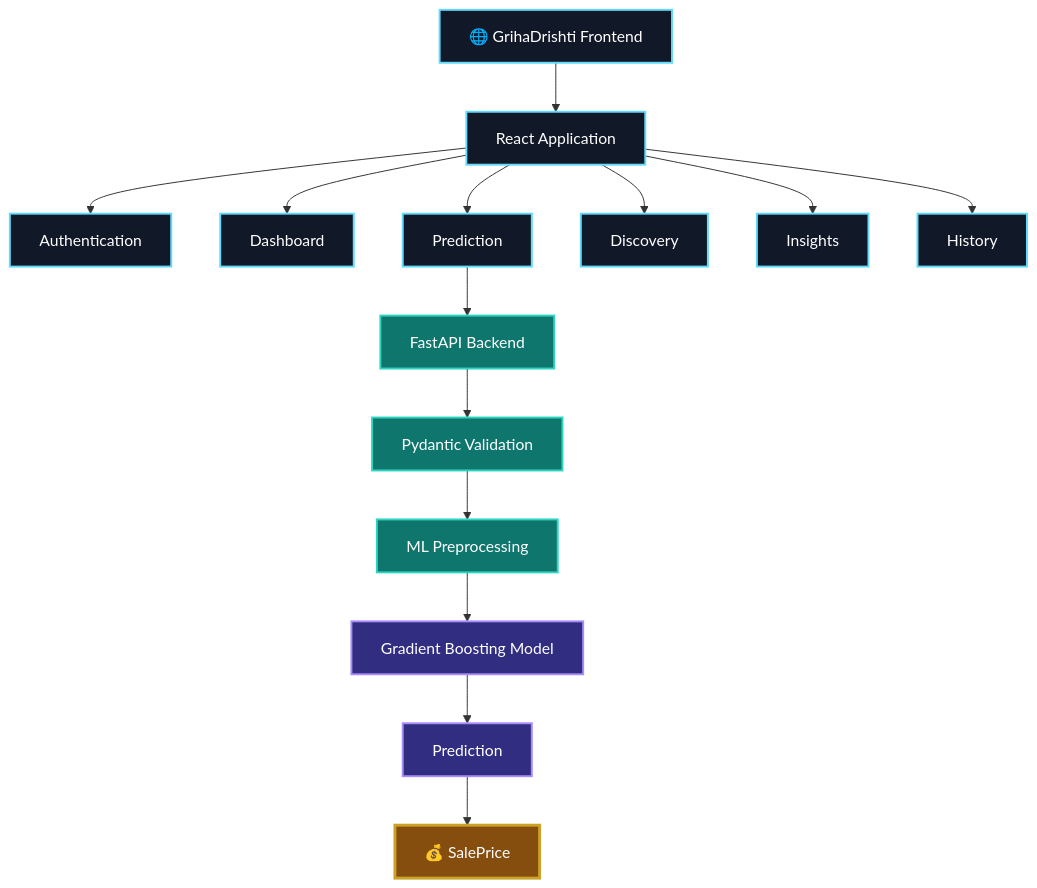
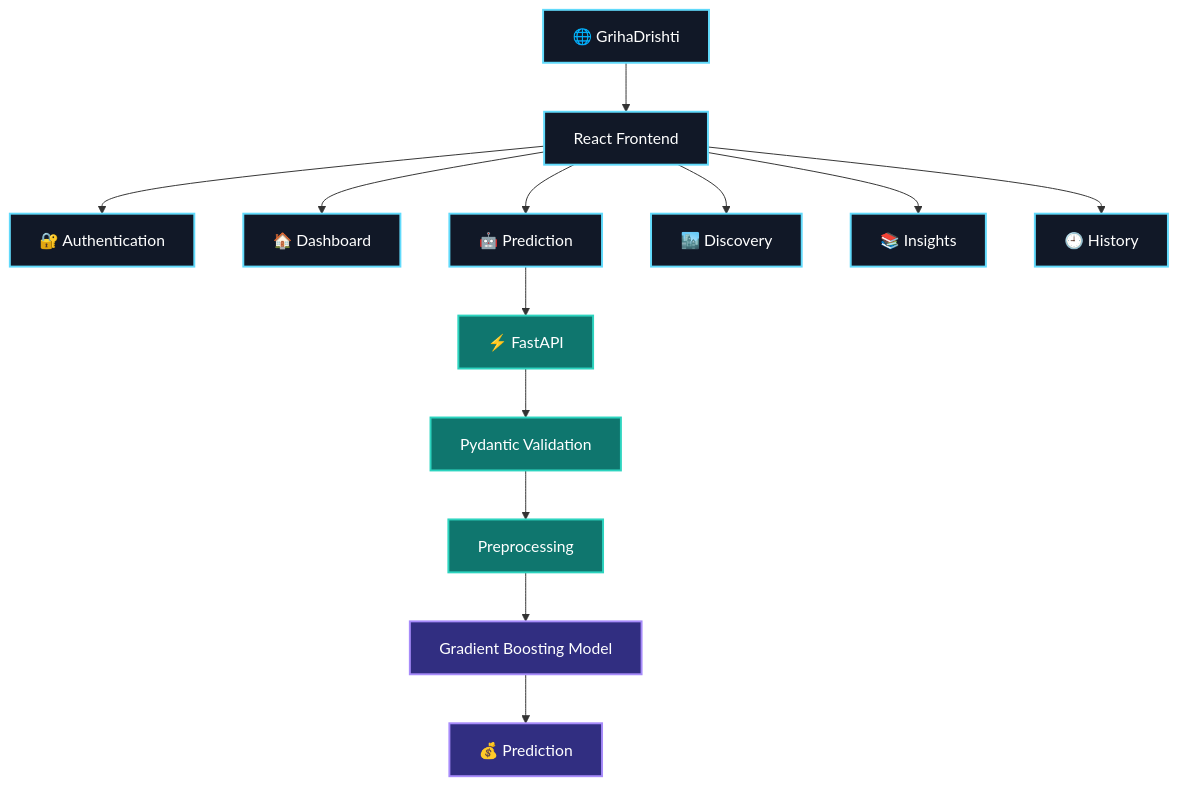
Before and after one commit to Arijit07-tech7/GrihaDrishti: the fifth of 5 diagrams in README.md, drawn with Mermaid. The commit also changed other lines of this file, not shown here.

````diff
--- a/README.md
+++ b/README.md
@@ -417,28 +484,26 @@
 ```mermaid
 flowchart TB
-    A["🌐 GrihaDrishti Frontend"] --> B["React Application"]
+    A["🌐 GrihaDrishti"] --> B["React Frontend"]
 
-    B --> C["Authentication"]
-    B --> D["Dashboard"]
-    B --> E["Prediction"]
-    B --> F["Discovery"]
-    B --> G["Insights"]
-    B --> H["History"]
+    B --> C["🔐 Authentication"]
+    B --> D["🏠 Dashboard"]
+    B --> E["🤖 Prediction"]
+    B --> F["🏙️ Discovery"]
+    B --> G["📚 Insights"]
+    B --> H["🕘 History"]
 
-    E --> I["FastAPI Backend"]
+    E --> I["⚡ FastAPI"]
     I --> J["Pydantic Validation"]
-    J --> K["ML Preprocessing"]
+    J --> K["Preprocessing"]
     K --> L["Gradient Boosting Model"]
-    L --> M["Prediction"]
-    M --> N["💰 SalePrice"]
+    L --> M["💰 Prediction"]
 
     classDef frontend fill:#111827,stroke:#61DAFB,color:#fff,stroke-width:2px;
     classDef backend fill:#0F766E,stroke:#2DD4BF,color:#fff,stroke-width:2px;
     classDef ml fill:#312E81,stroke:#A78BFA,color:#fff,stroke-width:2px;
     classDef result fill:#854D0E,stroke:#C9A227,color:#fff,stroke-width:3px;
 
     class A,B,C,D,E,F,G,H frontend;
     class I,J,K backend;
     class L,M ml;
-    class N result;
 ```
````
